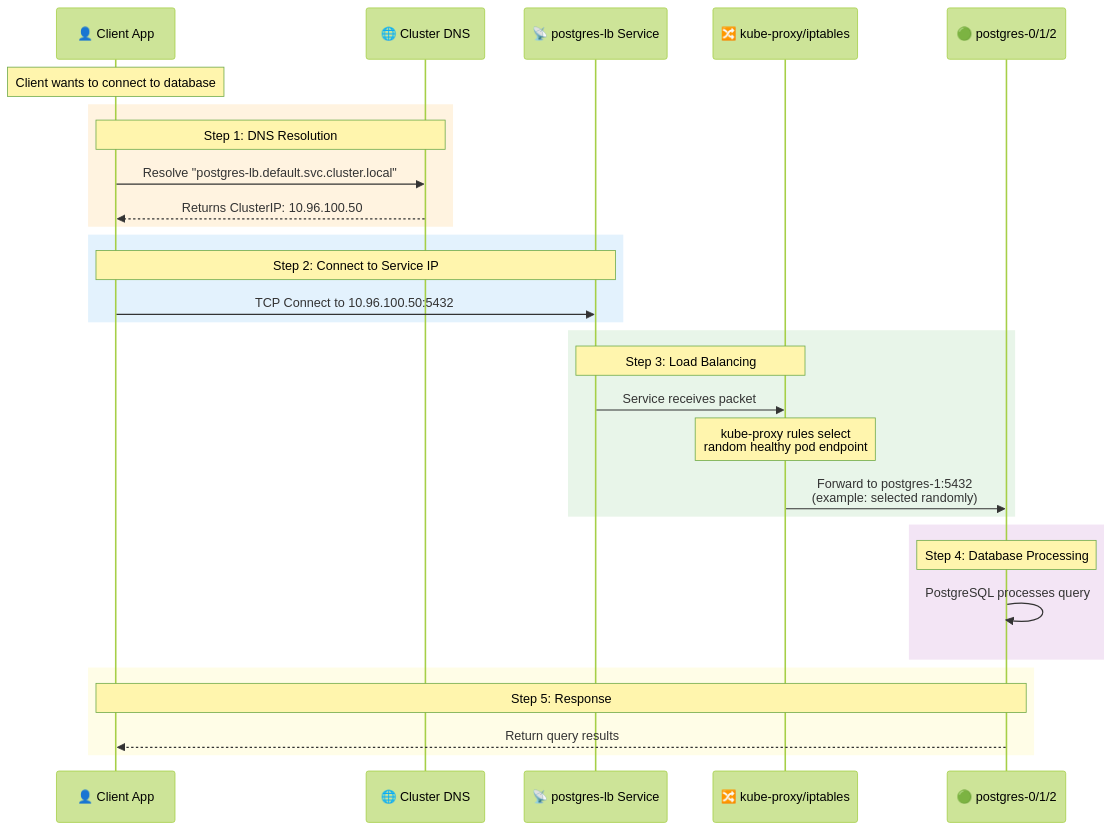
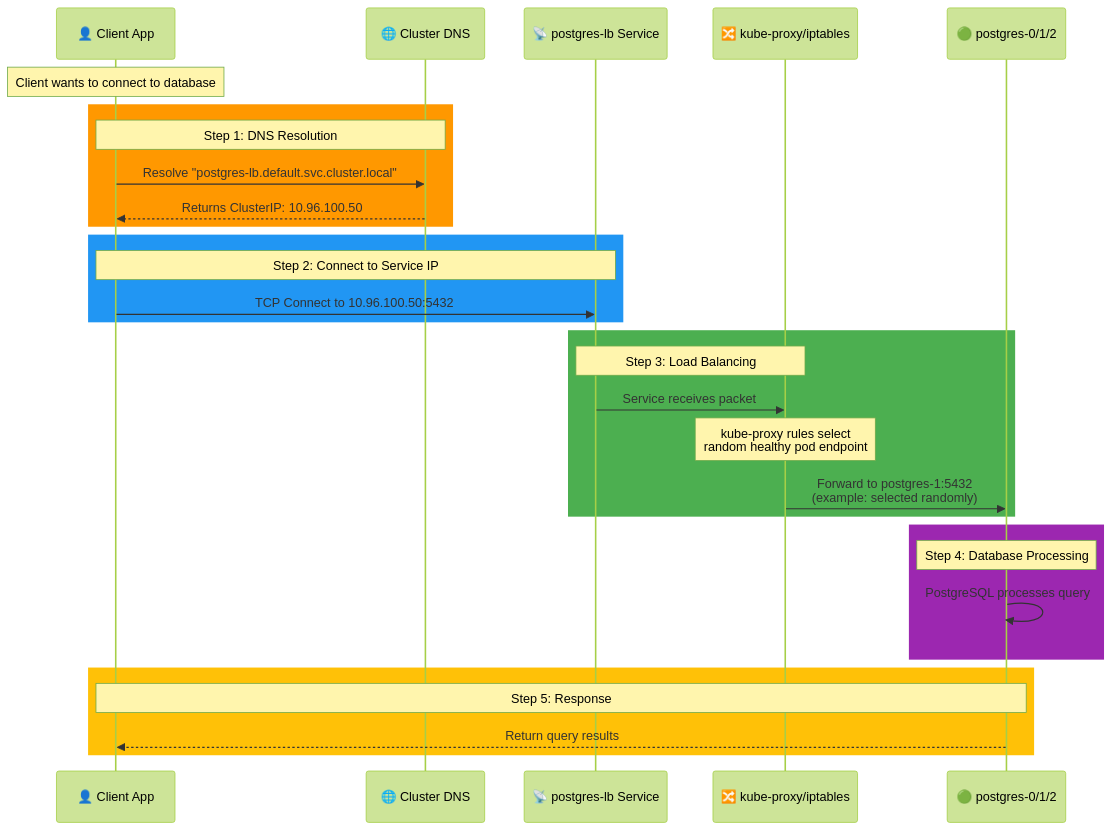
Before and after one commit to selvakumarperumal/k8s_minikube_learn: diagram 14 of 17 in Workload_and_Application_Management/statefulset-postgresql-explained.md, drawn with Mermaid (forest theme). The commit also changed other lines of this file, not shown here.

Commit message:
Change diagram backgrounds to darker colors for better visibility in dark mode

````diff
--- a/Workload_and_Application_Management/statefulset-postgresql-explained.md
+++ b/Workload_and_Application_Management/statefulset-postgresql-explained.md
@@ -482,38 +482,38 @@
 ```mermaid
 sequenceDiagram
     participant Client as 👤 Client App
     participant DNS as 🌐 Cluster DNS
     participant SVC as 📡 postgres-lb Service
     participant IPTABLES as 🔀 kube-proxy/iptables
     participant POD as 🟢 postgres-0/1/2
 
     Note over Client: Client wants to connect to database
     
-    rect rgb(255, 243, 224)
+    rect rgb(255, 152, 0)
         Note over Client,DNS: Step 1: DNS Resolution
         Client->>DNS: Resolve "postgres-lb.default.svc.cluster.local"
         DNS-->>Client: Returns ClusterIP: 10.96.100.50
     end
     
-    rect rgb(227, 242, 253)
+    rect rgb(33, 150, 243)
         Note over Client,SVC: Step 2: Connect to Service IP
         Client->>SVC: TCP Connect to 10.96.100.50:5432
     end
     
-    rect rgb(232, 245, 233)
+    rect rgb(76, 175, 80)
         Note over SVC,IPTABLES: Step 3: Load Balancing
         SVC->>IPTABLES: Service receives packet
         Note over IPTABLES: kube-proxy rules select<br/>random healthy pod endpoint
         IPTABLES->>POD: Forward to postgres-1:5432<br/>(example: selected randomly)
     end
     
-    rect rgb(243, 229, 245)
+    rect rgb(156, 39, 176)
         Note over POD: Step 4: Database Processing
         POD->>POD: PostgreSQL processes query
     end
     
-    rect rgb(255, 253, 231)
+    rect rgb(255, 193, 7)
         Note over POD,Client: Step 5: Response
         POD-->>Client: Return query results
     end
 ```
````
